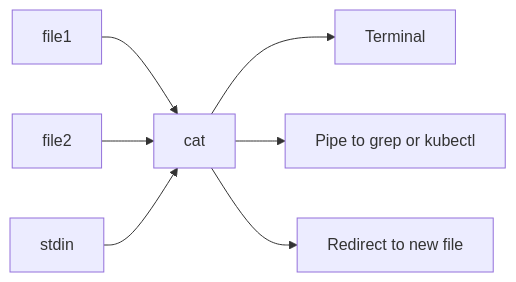
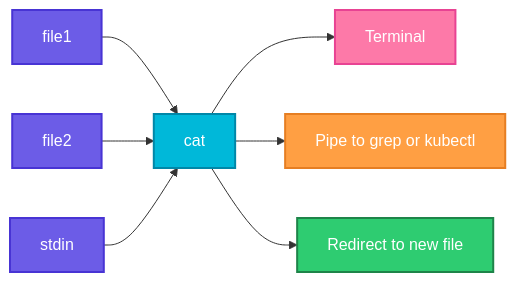
One commit to codeKerdosTech/DevOps-Documentation changed the diagram in linux/file-management/cat.md. Above: the diagram before and after it, drawn with Mermaid. The commit also changed 16 other files, not shown here.

````diff
--- a/linux/file-management/cat.md
+++ b/linux/file-management/cat.md
@@ -14,9 +14,21 @@
 ```mermaid
 flowchart LR
     A[file1] --> D[cat]
     B[file2] --> D
     C[stdin] --> D
     D --> E[Terminal]
     D --> F[Pipe to grep or kubectl]
     D --> G[Redirect to new file]
+    classDef start fill:#6C5CE7,stroke:#4834D4,stroke-width:2px,color:#fff
+    classDef proc fill:#00B8D9,stroke:#0087A8,stroke-width:2px,color:#fff
+    classDef dec fill:#FFC312,stroke:#E1A100,stroke-width:2px,color:#222
+    classDef ok fill:#2ECC71,stroke:#1E8449,stroke-width:2px,color:#fff
+    classDef err fill:#FF4757,stroke:#C0392B,stroke-width:2px,color:#fff
+    classDef out fill:#FD79A8,stroke:#E84393,stroke-width:2px,color:#fff
+    classDef alt fill:#FF9F43,stroke:#E67E22,stroke-width:2px,color:#fff
+    class A,B,C start
+    class D proc
+    class E out
+    class F alt
+    class G ok
 ```
````
